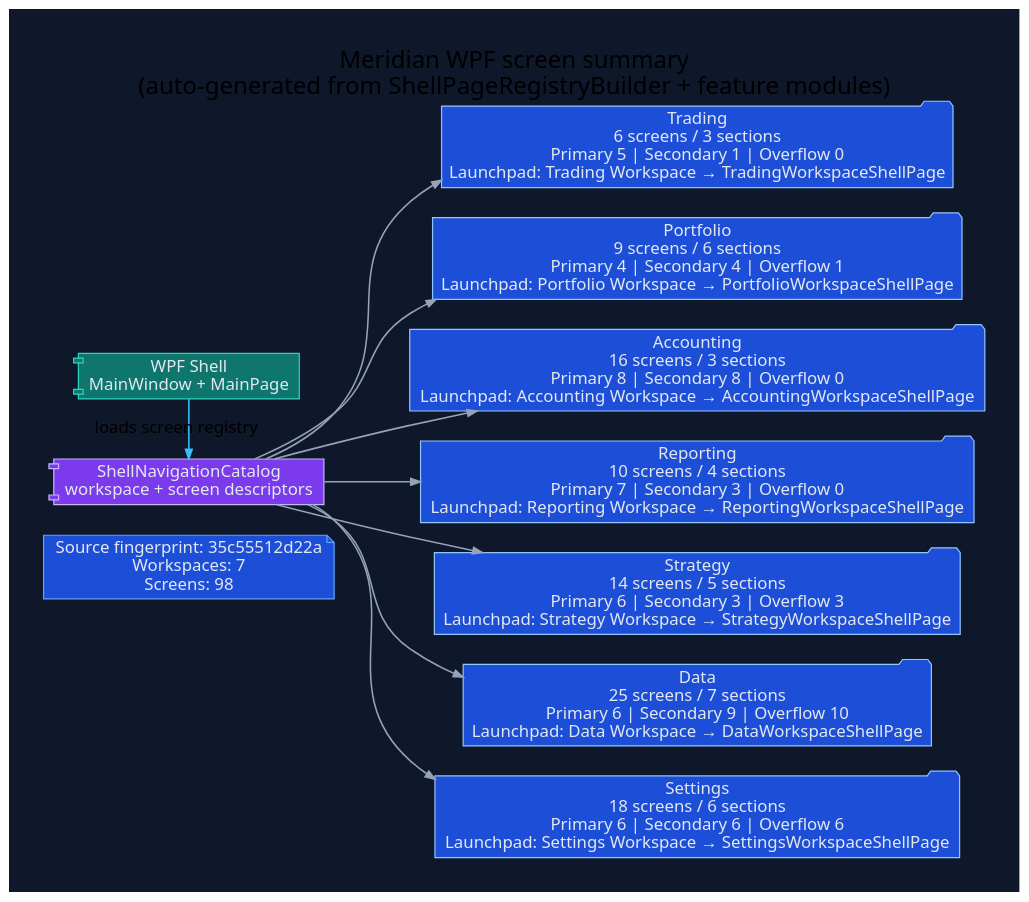
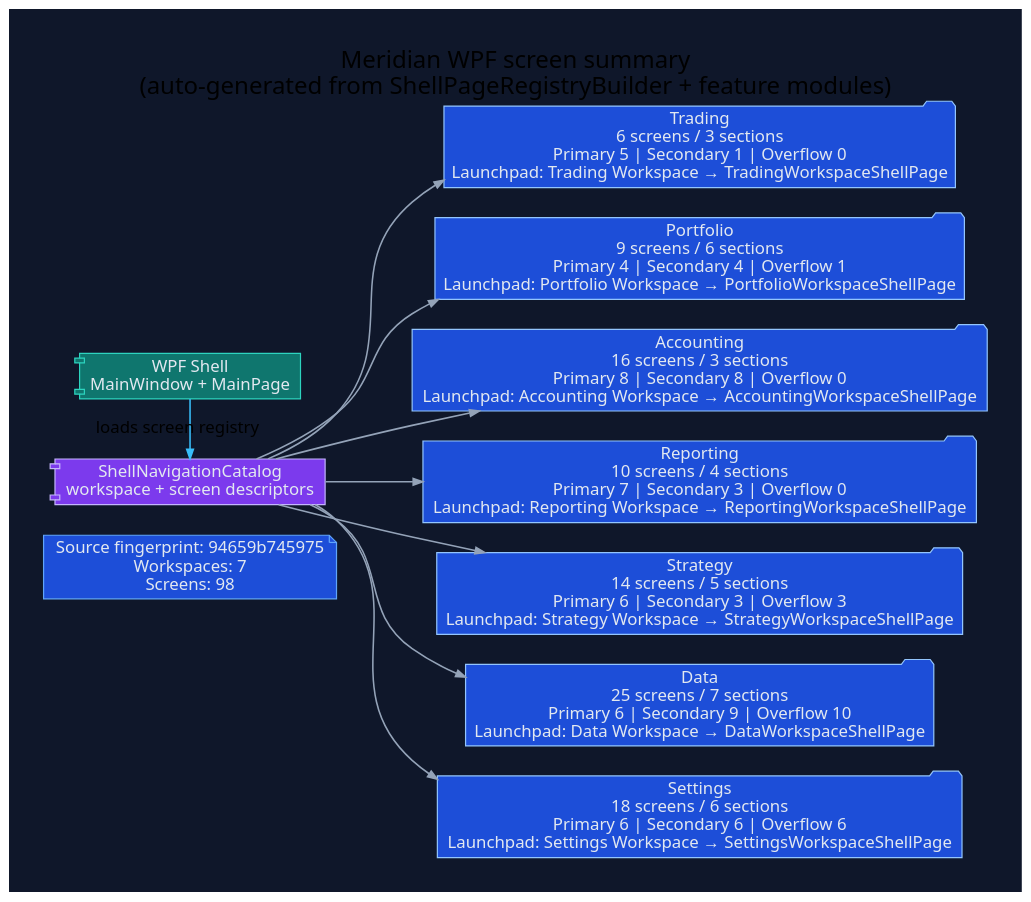
The diagram in docs/diagrams/ui/ui-wpf-screen-summary.dot (rodoHasArrived/Meridian-main), drawn with Graphviz before and after one commit. The commit also changed 68 other files, not shown here.

```diff
--- a/docs/diagrams/ui/ui-wpf-screen-summary.dot
+++ b/docs/diagrams/ui/ui-wpf-screen-summary.dot
@@ -1,42 +1,42 @@
 // -----------------------------------------------------------------------------
 // <auto-generated>
 // Generated by scripts/generate-diagrams.mjs.
 // Do not edit this file directly; update the WPF source files instead.
 // -----------------------------------------------------------------------------
 digraph WpfScreenSummary {
   graph [
     rankdir=LR,
     labelloc=t,
     label="Meridian WPF screen summary\n(auto-generated from ShellPageRegistryBuilder + feature modules)",
     fontname="Segoe UI",
     fontsize=20,
     pad=0.4,
     nodesep=0.35,
     ranksep=0.85,
     bgcolor="#0f172a"
   ];
   node [fontname="Segoe UI", shape=box, style="rounded,filled", color="#475569", fontcolor="#e2e8f0", fillcolor="#1e293b"];
   edge [fontname="Segoe UI", color="#94a3b8", penwidth=1.3, arrowsize=0.8];
 
-  generated [shape=note, fillcolor="#1d4ed8", color="#60a5fa", label="Source fingerprint: 35c55512d22a\nWorkspaces: 7\nScreens: 98"];
+  generated [shape=note, fillcolor="#1d4ed8", color="#60a5fa", label="Source fingerprint: 94659b745975\nWorkspaces: 7\nScreens: 98"];
   shell [shape=component, fillcolor="#0f766e", color="#2dd4bf", label="WPF Shell\nMainWindow + MainPage"];
   catalog [shape=component, fillcolor="#7c3aed", color="#c4b5fd", label="ShellNavigationCatalog\nworkspace + screen descriptors"];
   shell -> catalog [label="loads screen registry", color="#38bdf8"];
 
   workspace_1 [shape=folder, fillcolor="#1d4ed8", color="#93c5fd", label="Trading\n6 screens / 3 sections\nPrimary 5 | Secondary 1 | Overflow 0\nLaunchpad: Trading Workspace → TradingWorkspaceShellPage"];
   catalog -> workspace_1;
   workspace_2 [shape=folder, fillcolor="#1d4ed8", color="#93c5fd", label="Portfolio\n9 screens / 6 sections\nPrimary 4 | Secondary 4 | Overflow 1\nLaunchpad: Portfolio Workspace → PortfolioWorkspaceShellPage"];
   catalog -> workspace_2;
   workspace_3 [shape=folder, fillcolor="#1d4ed8", color="#93c5fd", label="Accounting\n16 screens / 3 sections\nPrimary 8 | Secondary 8 | Overflow 0\nLaunchpad: Accounting Workspace → AccountingWorkspaceShellPage"];
   catalog -> workspace_3;
   workspace_4 [shape=folder, fillcolor="#1d4ed8", color="#93c5fd", label="Reporting\n10 screens / 4 sections\nPrimary 7 | Secondary 3 | Overflow 0\nLaunchpad: Reporting Workspace → ReportingWorkspaceShellPage"];
   catalog -> workspace_4;
   workspace_5 [shape=folder, fillcolor="#1d4ed8", color="#93c5fd", label="Strategy\n14 screens / 5 sections\nPrimary 6 | Secondary 3 | Overflow 3\nLaunchpad: Strategy Workspace → StrategyWorkspaceShellPage"];
   catalog -> workspace_5;
   workspace_6 [shape=folder, fillcolor="#1d4ed8", color="#93c5fd", label="Data\n25 screens / 7 sections\nPrimary 6 | Secondary 9 | Overflow 10\nLaunchpad: Data Workspace → DataWorkspaceShellPage"];
   catalog -> workspace_6;
   workspace_7 [shape=folder, fillcolor="#1d4ed8", color="#93c5fd", label="Settings\n18 screens / 6 sections\nPrimary 6 | Secondary 6 | Overflow 6\nLaunchpad: Settings Workspace → SettingsWorkspaceShellPage"];
   catalog -> workspace_7;
 
   { rank=min; generated; shell; catalog; }
 }
```
